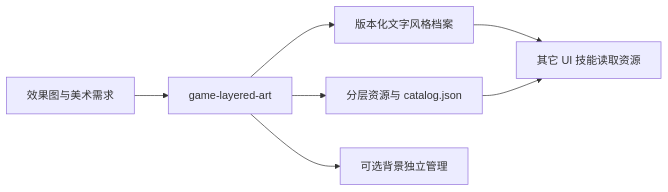
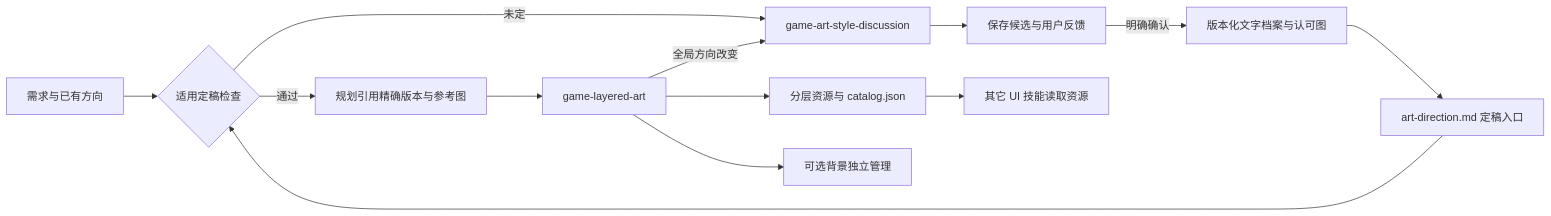
Before and after one commit to 229196637/game-development-skills: the first of 2 diagrams in architecture.md, drawn with Mermaid. The commit also changed other lines of this file and 55 other files, not shown here.

Commit message:
Add game art style discussion and confirmed direction handoff

````diff
--- a/architecture.md
+++ b/architecture.md
@@ -7,12 +9,19 @@
 ```mermaid
 flowchart LR
-  N[效果图与美术需求] --> A[game-layered-art]
-  A --> S[版本化文字风格档案]
+  N[需求与已有方向] --> V{适用定稿检查}
+  V -->|未定| D[game-art-style-discussion]
+  D --> C[保存候选与用户反馈]
+  C -->|明确确认| S[版本化文字档案与认可图]
+  S --> F[art-direction.md 定稿入口]
+  F --> V
+  V -->|通过| P[规划引用精确版本与参考图]
+  P --> A[game-layered-art]
+  A -->|全局方向改变| D
   A --> R[分层资源与 catalog.json]
-  S --> UI[其它 UI 技能读取资源]
-  R --> UI
+  R --> UI[其它 UI 技能读取资源]
   A --> BG[可选背景独立管理]
   click A "game-layered-art/SKILL.md"
+  click D "game-art-style-discussion/SKILL.md"
   click S "game-layered-art/references/style.md"
   click R "game-layered-art/references/resources.md"
 ```
````
